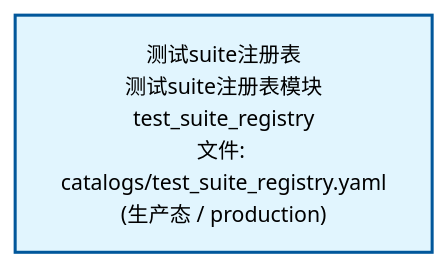
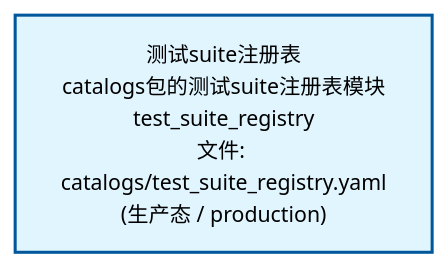
One commit to xuanFelixVan/ZephyrAlpha changed the first of 2 diagrams in docs/02_enterprise_architecture/02_domain_architecture_docs/33_d_audittest.md. Above: the diagram before and after it, drawn with Mermaid. The commit also changed other lines of this file and 42 other files, not shown here.

````diff
--- a/docs/02_enterprise_architecture/02_domain_architecture_docs/33_d_audittest.md
+++ b/docs/02_enterprise_architecture/02_domain_architecture_docs/33_d_audittest.md
@@ -53,10 +53,10 @@
 ```mermaid
 %%{init: {'theme': 'base', 'themeVariables': {'primaryColor': '#eaeaea', 'primaryTextColor': '#333333', 'primaryBorderColor': '#666666', 'lineColor': '#666666', 'secondaryColor': '#eaeaea', 'tertiaryColor': '#eaeaea', 'fontSize': '14px'}}}%%
 flowchart TD
-    docs_01_policies_and_standards_registry_catalogs_test_suite_registry_yaml["测试suite注册表<br/>测试suite注册表模块<br/>test_suite_registry<br/>文件: catalogs/test_suite_registry.yaml<br/>(生产态 / production)"]
+    docs_01_policies_and_standards_registry_catalogs_test_suite_registry_yaml["测试suite注册表<br/>catalogs包的测试suite注册表模块<br/>test_suite_registry<br/>文件: catalogs/test_suite_registry.yaml<br/>(生产态 / production)"]
     classDef production fill:#e1f5fe,stroke:#01579b,stroke-width:2px,color:#000
     classDef design fill:#fff3e0,stroke:#e65100,stroke-width:2px,color:#000,stroke-dasharray: 5 5
     classDef external_prod fill:#e8f4fd,stroke:#0277bd,stroke-width:1px,color:#000
     classDef external_design fill:#fff8e7,stroke:#ef6c00,stroke-width:1px,color:#000,stroke-dasharray: 5 5
     class docs_01_policies_and_standards_registry_catalogs_test_suite_registry_yaml production
 ```
````
